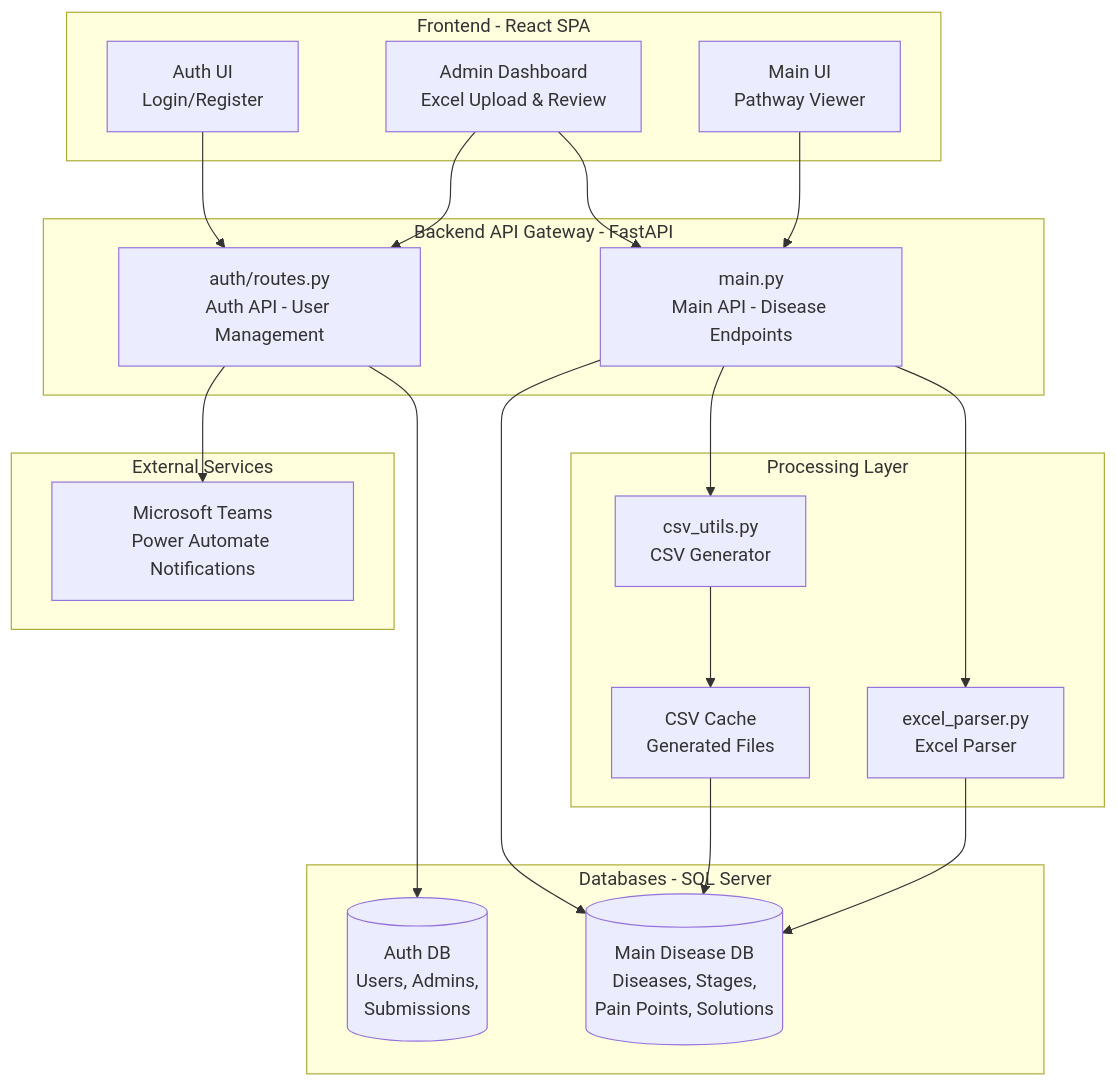
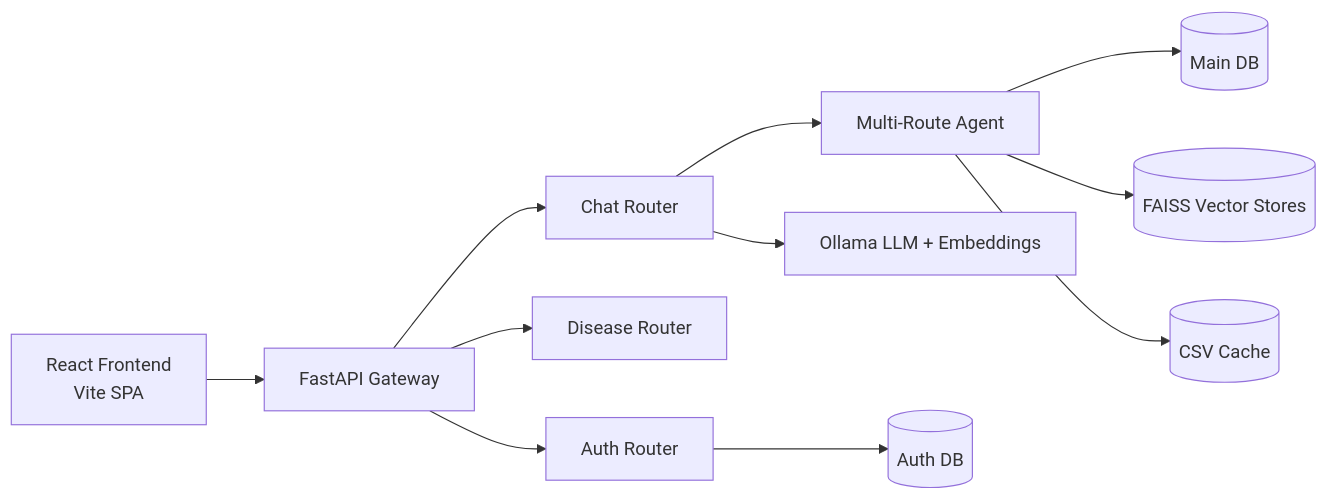
The first of 4 diagrams in README.md (Bdp226/Disease_Pathway_Updated), drawn with Mermaid before and after one commit. The commit also changed other lines of this file and 1 other file, not shown here.

````diff
--- a/README.md
+++ b/README.md
@@ -168,44 +144,15 @@
 ```mermaid
-graph TB
-    subgraph Frontend["Frontend - React SPA"]
-        AuthUI[Auth UI<br/>Login/Register]
-        AdminUI[Admin Dashboard<br/>Excel Upload & Review]
-        MainUI[Main UI<br/>Pathway Viewer]
-    end
-    
-    subgraph Backend["Backend API Gateway - FastAPI"]
-        MainAPI[main.py<br/>Main API - Disease Endpoints]
-        AuthAPI[auth/routes.py<br/>Auth API - User Management]
-    end
-    
-    subgraph Processing["Processing Layer"]
-        Parser[excel_parser.py<br/>Excel Parser]
-        CSVGen[csv_utils.py<br/>CSV Generator]
-        Cache[CSV Cache<br/>Generated Files]
-    end
-    
-    subgraph Databases["Databases - SQL Server"]
-        MainDB[(Main Disease DB<br/>Diseases, Stages,<br/>Pain Points, Solutions)]
-        AuthDB[(Auth DB<br/>Users, Admins,<br/>Submissions)]
-    end
-    
-    subgraph External["External Services"]
-        Teams[Microsoft Teams<br/>Power Automate Notifications]
-    end
-    
-    AuthUI --> AuthAPI
-    MainUI --> MainAPI
-    AdminUI --> MainAPI
-    AdminUI --> AuthAPI
-    
-    MainAPI --> Parser
-    MainAPI --> CSVGen
-    MainAPI --> MainDB
-    
-    AuthAPI --> AuthDB
-    AuthAPI --> Teams
-    
-    Parser --> MainDB
-    CSVGen --> Cache
-    Cache --> MainDB
+flowchart LR
+    UI[React Frontend\nVite SPA] --> API[FastAPI Gateway]
+    API --> AUTH[Auth Router]
+    API --> DISEASE[Disease Router]
+    API --> CHAT[Chat Router]
+
+    CHAT --> AGENT[Multi-Route Agent]
+    AGENT --> SQL[(Main DB)]
+    AGENT --> VS[(FAISS Vector Stores)]
+    AGENT --> CSV[(CSV Cache)]
+
+    CHAT --> OLLAMA[Ollama LLM + Embeddings]
+    AUTH --> AUTHDB[(Auth DB)]
 ```
````
